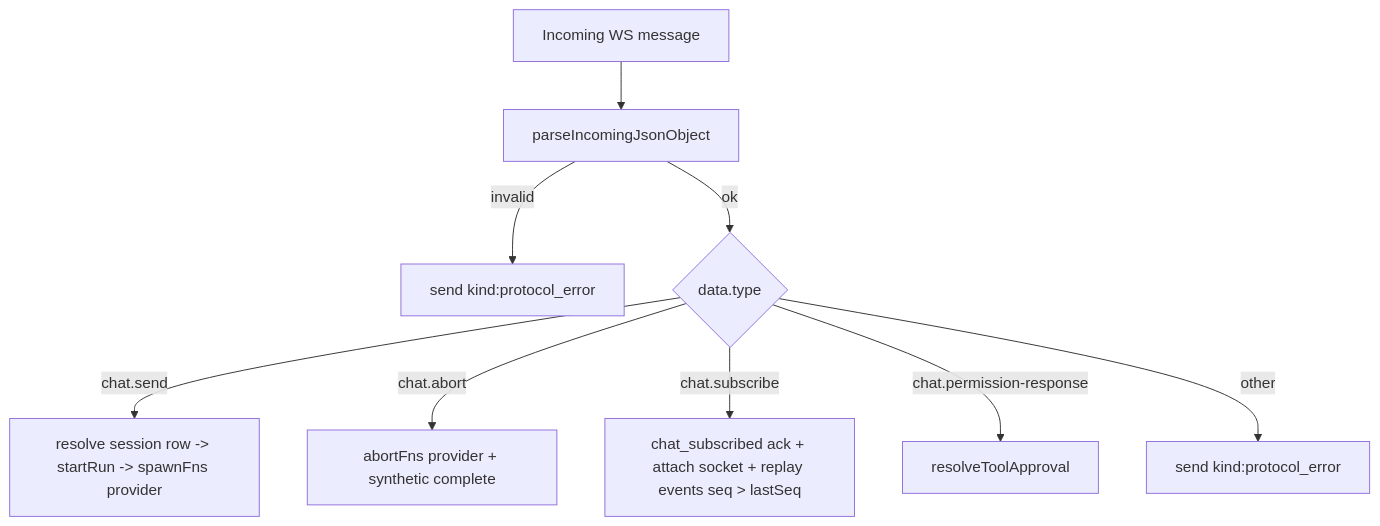
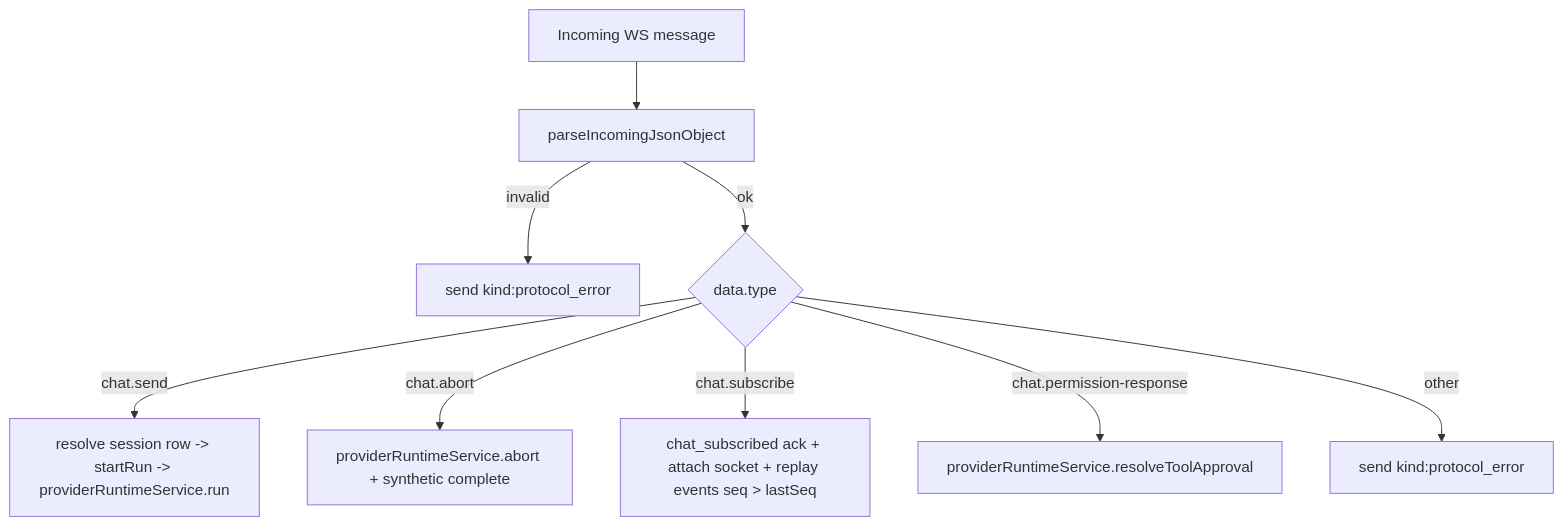
Before and after one commit to siteboon/claudecodeui: the third of 5 diagrams in server/modules/websocket/README.md, drawn with Mermaid. The commit also changed 20 other files, not shown here.

````diff
--- a/server/modules/websocket/README.md
+++ b/server/modules/websocket/README.md
@@ -126,12 +126,12 @@
 ```mermaid
 flowchart TD
   A[Incoming WS message] --> B[parseIncomingJsonObject]
   B -->|invalid| C[send kind:protocol_error]
   B -->|ok| D{data.type}
 
-  D -->|chat.send| E[resolve session row -> startRun -> spawnFns provider]
-  D -->|chat.abort| F[abortFns provider + synthetic complete]
+  D -->|chat.send| E[resolve session row -> startRun -> providerRuntimeService.run]
+  D -->|chat.abort| F[providerRuntimeService.abort + synthetic complete]
   D -->|chat.subscribe| G[chat_subscribed ack + attach socket + replay events seq > lastSeq]
-  D -->|chat.permission-response| H[resolveToolApproval]
+  D -->|chat.permission-response| H[providerRuntimeService.resolveToolApproval]
   D -->|other| I[send kind:protocol_error]
 ```
````
